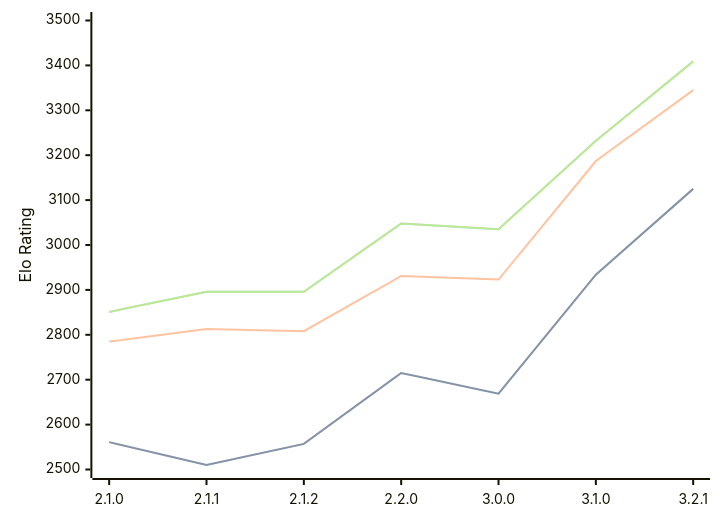
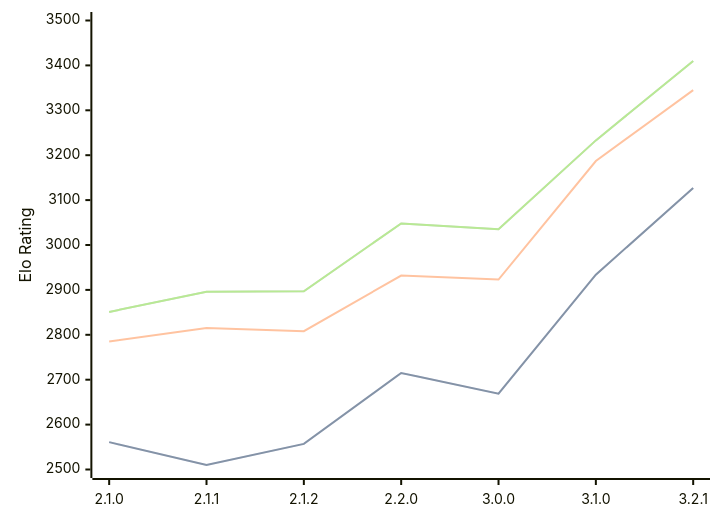
One commit to computer-chess-index/cci changed the diagram in engines/Prune.md. Above: the diagram before and after it, drawn with Mermaid. The commit also changed other lines of this file, not shown here.

Commit message:
Update CCI Ratings (ELO VLTC) - 2026-04-02

````diff
--- a/engines/Prune.md
+++ b/engines/Prune.md
@@ -42,11 +42,11 @@
 ```mermaid
 %%{init: {"theme":"base","themeVariables":{"seriesColors:['#a3a3a3','#222221','#faa371']}}}%%
 xychart-beta
   x-axis ["2.1.0", "2.1.1", "2.1.2", "2.2.0", "3.0.0", "3.1.0", "3.2.1"]
   y-axis "Elo Rating" 2500 --> 3500
-  line "STC (8.0+0.08s)" [2561, 2510, 2557, 2715, 2669, 2934, 3125]
-  line "STC (8.0+0.08s)" [2561, 2510, 2557, 2715, 2669, 2934, 3125]
-  line "LTC (60.0+0.60s)" [2785, 2813, 2808, 2931, 2923, 3187, 3345]
-  line "VLTC (2m24s+1.12s)" [2851, 2896, 2896, 3048, 3035, 3232, 3409]
-  line "VLTC (2m24s+1.12s)" [2851, 2896, 2896, 3048, 3035, 3232, 3409]
+  line "STC (8.0+0.08s)" [2561, 2510, 2557, 2715, 2669, 2934, 3127]
+  line "STC (8.0+0.08s)" [2561, 2510, 2557, 2715, 2669, 2934, 3127]
+  line "LTC (60.0+0.60s)" [2785, 2815, 2808, 2932, 2923, 3187, 3345]
+  line "VLTC (2m24s+1.12s)" [2851, 2896, 2897, 3048, 3035, 3233, 3410]
+  line "VLTC (2m24s+1.12s)" [2851, 2896, 2897, 3048, 3035, 3233, 3410]
 ```
````
